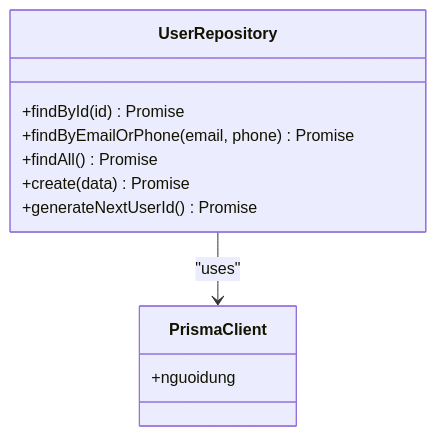
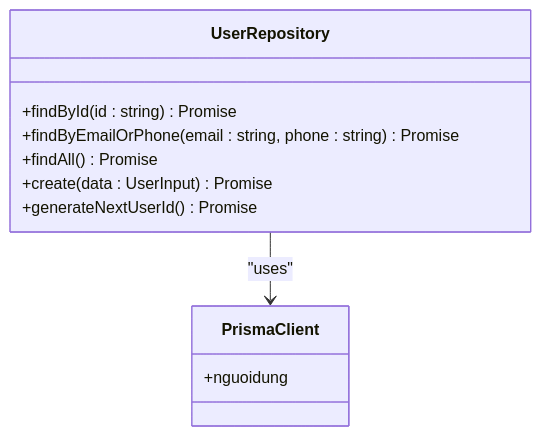
One commit to nguyencongtrung2001/Do-An changed the fifth of 11 diagrams in .qoder/repowiki/en/content/Backend Architecture/Data Access Layer.md. Above: the diagram before and after it, drawn with Mermaid. The commit also changed other lines of this file and 12 other files, not shown here.

````diff
--- a/.qoder/repowiki/en/content/Backend Architecture/Data Access Layer.md
+++ b/.qoder/repowiki/en/content/Backend Architecture/Data Access Layer.md
@@ -338,14 +329,14 @@
 ```mermaid
 classDiagram
 class UserRepository {
-+findById(id) Promise<User>
-+findByEmailOrPhone(email, phone) Promise<User|null>
++findById(id : string) Promise<User>
++findByEmailOrPhone(email : string, phone : string) Promise<User|null>
 +findAll() Promise<User[]>
-+create(data) Promise<User>
++create(data : UserInput) Promise<User>
 +generateNextUserId() Promise<string>
 }
 class PrismaClient {
 +nguoidung
 }
 UserRepository --> PrismaClient : "uses"
 ```
````
